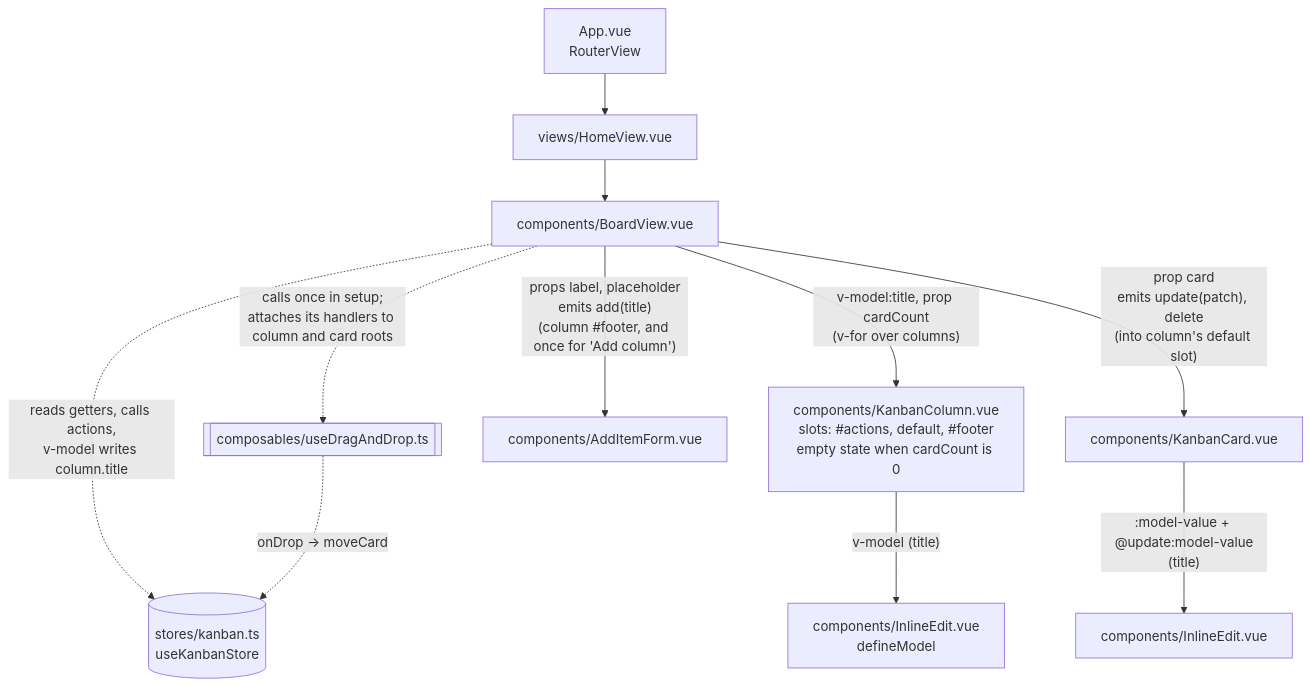
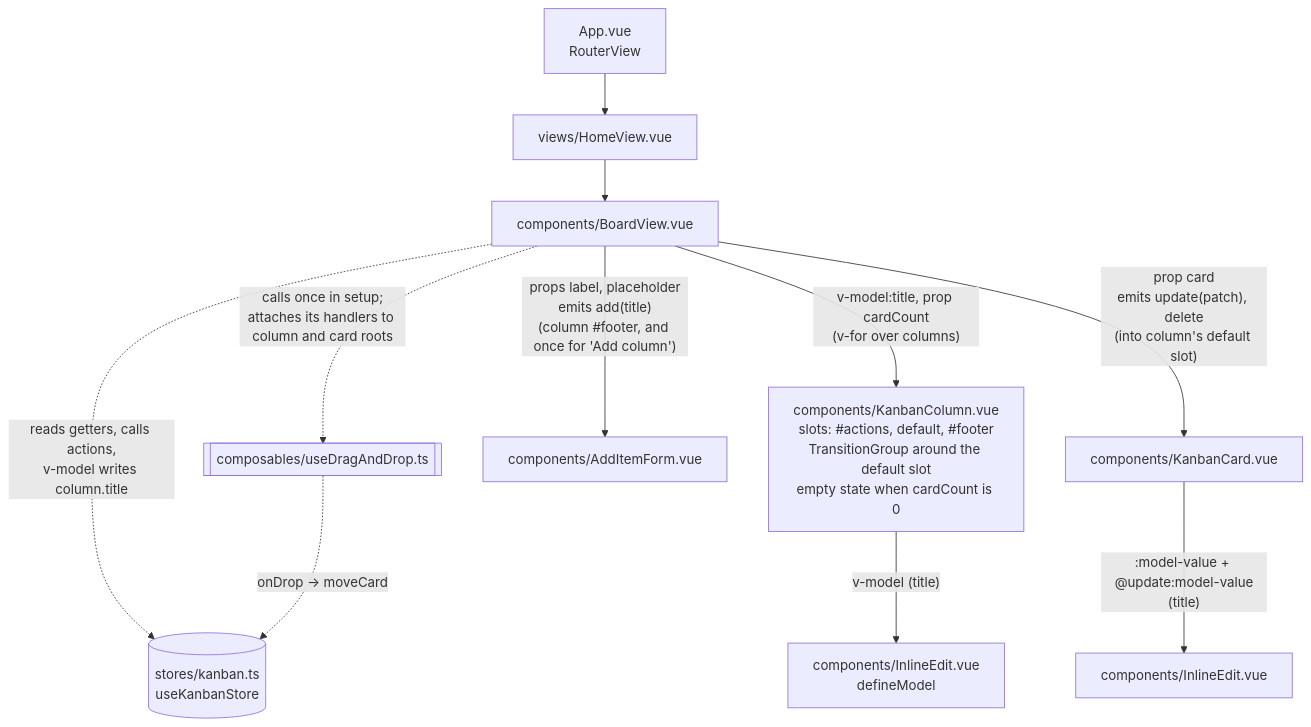
One commit to 0quasarquantum0/Kanban_Vue changed the second of 7 diagrams in docs/architecture.md. Above: the diagram before and after it, drawn with Mermaid. The commit also changed other lines of this file and 2 other files, not shown here.

Commit message:
phase 4: card enter, leave and move transitions

````diff
--- a/docs/architecture.md
+++ b/docs/architecture.md
@@ -22,18 +22,18 @@
 ```mermaid
 flowchart TD
   app["App.vue<br/>RouterView"] --> home["views/HomeView.vue"]
   home --> board["components/BoardView.vue"]
   store[("stores/kanban.ts<br/>useKanbanStore")]
   board -. "reads getters, calls actions,<br/>v-model writes column.title" .-> store
 
-  board -- "v-model:title, prop cardCount<br/>(v-for over columns)" --> column["components/KanbanColumn.vue<br/>slots: #actions, default, #footer<br/>empty state when cardCount is 0"]
+  board -- "v-model:title, prop cardCount<br/>(v-for over columns)" --> column["components/KanbanColumn.vue<br/>slots: #actions, default, #footer<br/>TransitionGroup around the default slot<br/>empty state when cardCount is 0"]
   board -- "prop card<br/>emits update(patch), delete<br/>(into column's default slot)" --> card["components/KanbanCard.vue"]
   board -- "props label, placeholder<br/>emits add(title)<br/>(column #footer, and once for 'Add column')" --> add["components/AddItemForm.vue"]
 
   dnd[["composables/useDragAndDrop.ts"]]
   board -. "calls once in setup;<br/>attaches its handlers to column and card roots" .-> dnd
   dnd -. "onDrop → moveCard" .-> store
 
   column -- "v-model (title)" --> inlineCol["components/InlineEdit.vue<br/>defineModel"]
   card -- ":model-value + @update:model-value<br/>(title)" --> inlineCard["components/InlineEdit.vue"]
 ```
````
